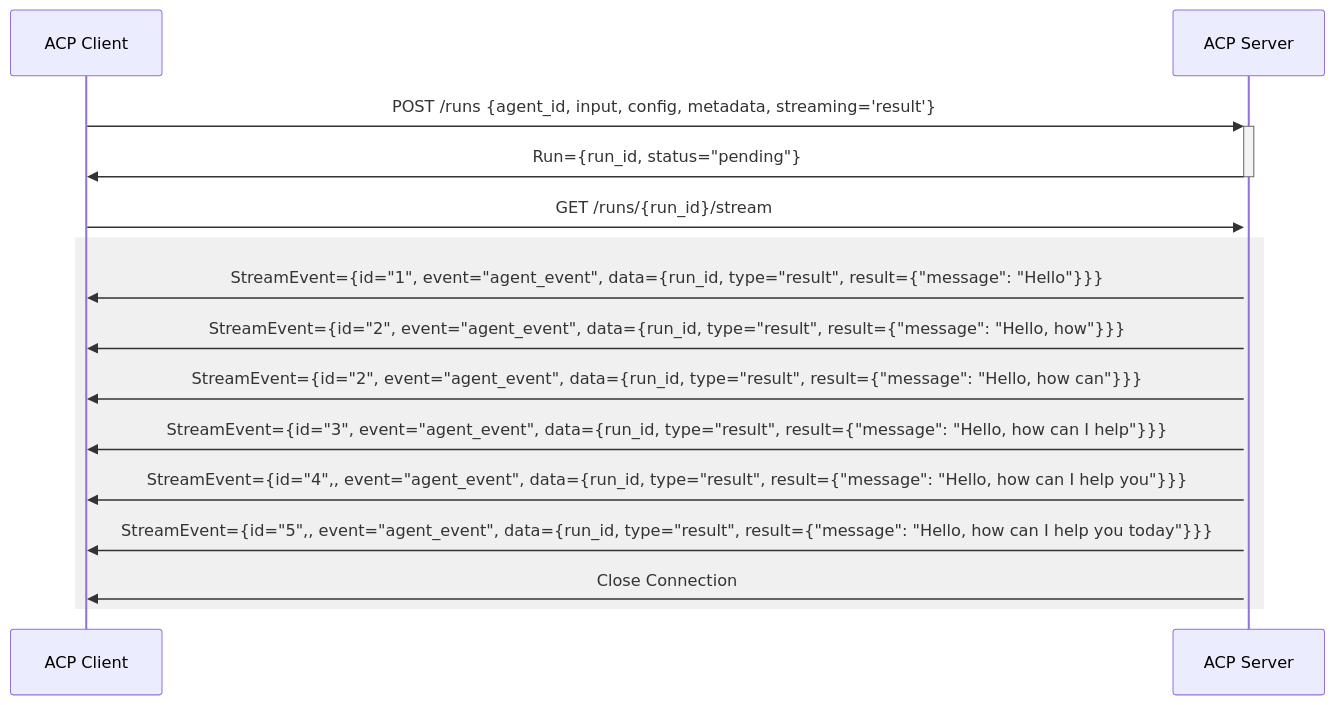
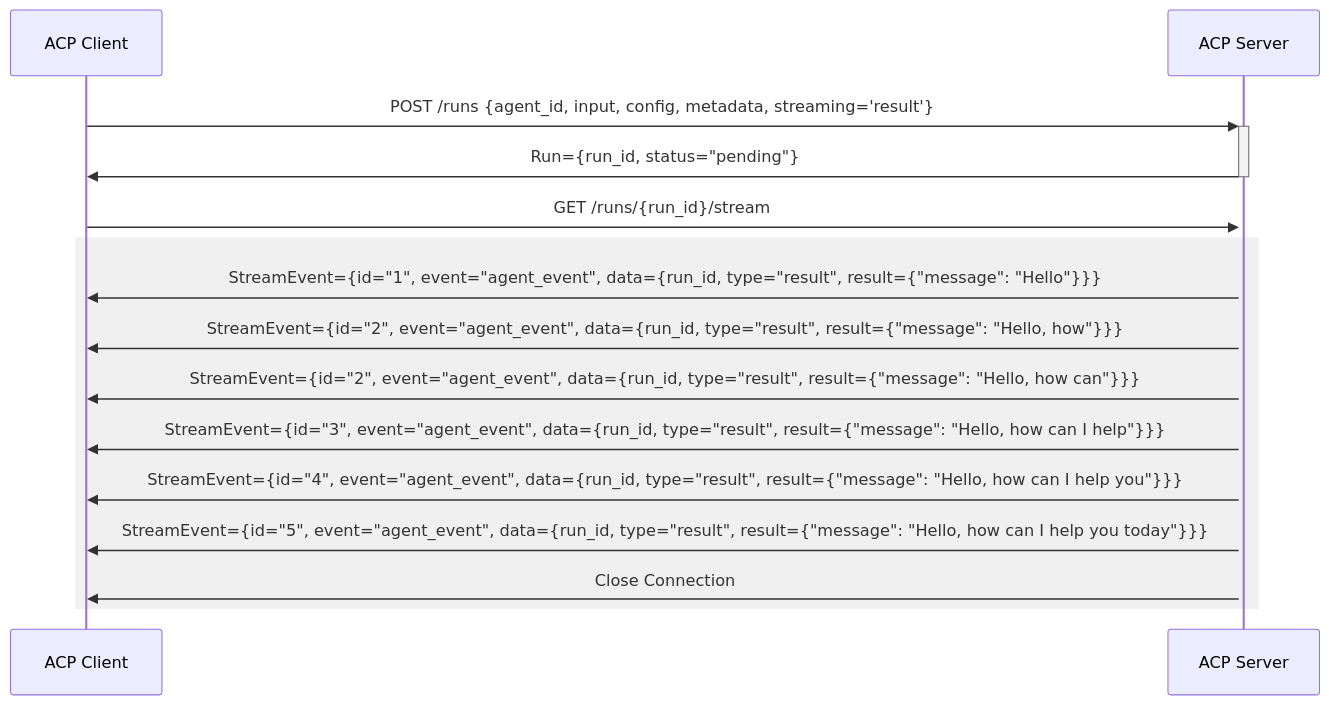
The ninth of 9 diagrams in docs/README.md (agntcy/acp-spec), drawn with Mermaid before and after one commit. The commit also changed other lines of this file, not shown here.

````diff
--- a/docs/README.md
+++ b/docs/README.md
@@ -232,17 +232,17 @@
 ```mermaid
 sequenceDiagram
     participant C as ACP Client
     participant S as ACP Server
     C->>+S: POST /runs {agent_id, input, config, metadata, streaming='result'}
     S->>-C: Run={run_id, status="pending"}
     C->>+S: GET /runs/{run_id}/stream 
     rect rgb(240,240,240)
     S->>C: StreamEvent={id="1", event="agent_event", data={run_id, type="result", result={"message": "Hello"}}}
     S->>C: StreamEvent={id="2", event="agent_event", data={run_id, type="result", result={"message": "Hello, how"}}}
     S->>C: StreamEvent={id="2", event="agent_event", data={run_id, type="result", result={"message": "Hello, how can"}}}
     S->>C: StreamEvent={id="3", event="agent_event", data={run_id, type="result", result={"message": "Hello, how can I help"}}}
-    S->>C: StreamEvent={id="4",, event="agent_event", data={run_id, type="result", result={"message": "Hello, how can I help you"}}}
-    S->>C: StreamEvent={id="5",, event="agent_event", data={run_id, type="result", result={"message": "Hello, how can I help you today"}}}
+    S->>C: StreamEvent={id="4", event="agent_event", data={run_id, type="result", result={"message": "Hello, how can I help you"}}}
+    S->>C: StreamEvent={id="5", event="agent_event", data={run_id, type="result", result={"message": "Hello, how can I help you today"}}}
     S->>C: Close Connection
     end
 ```
````
